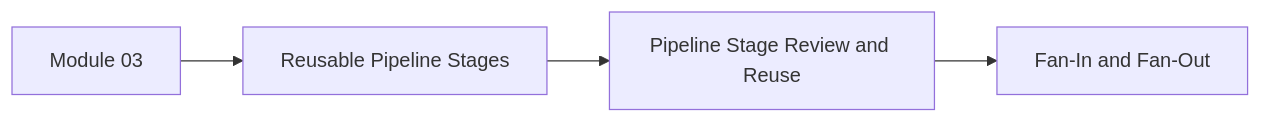
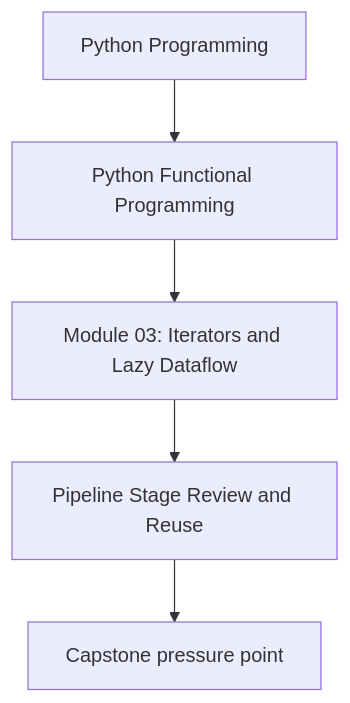
One commit to bijux/bijux-masterclass changed the first of 2 diagrams in programs/python-programming/python-functional-programming/course-book/module-03-iterators-and-lazy-dataflow/pipeline-stage-review-and-reuse.md. Above: the diagram before and after it, drawn with Mermaid. The commit also changed other lines of this file and 118 other files, not shown here.

Commit message:
docs(python-functional-programming): align concept page diagrams

````diff
--- a/programs/python-programming/python-functional-programming/course-book/module-03-iterators-and-lazy-dataflow/pipeline-stage-review-and-reuse.md
+++ b/programs/python-programming/python-functional-programming/course-book/module-03-iterators-and-lazy-dataflow/pipeline-stage-review-and-reuse.md
@@ -7,6 +7,7 @@
 ```mermaid
-graph LR
-  module["Module 03"] --> stages["Reusable Pipeline Stages"]
-  stages --> review["Pipeline Stage Review and Reuse"]
-  review --> next["Fan-In and Fan-Out"]
+flowchart TD
+  family["Python Programming"] --> program["Python Functional Programming"]
+  program --> module["Module 03: Iterators and Lazy Dataflow"]
+  module --> concept["Pipeline Stage Review and Reuse"]
+  concept --> capstone["Capstone pressure point"]
 ```
````
